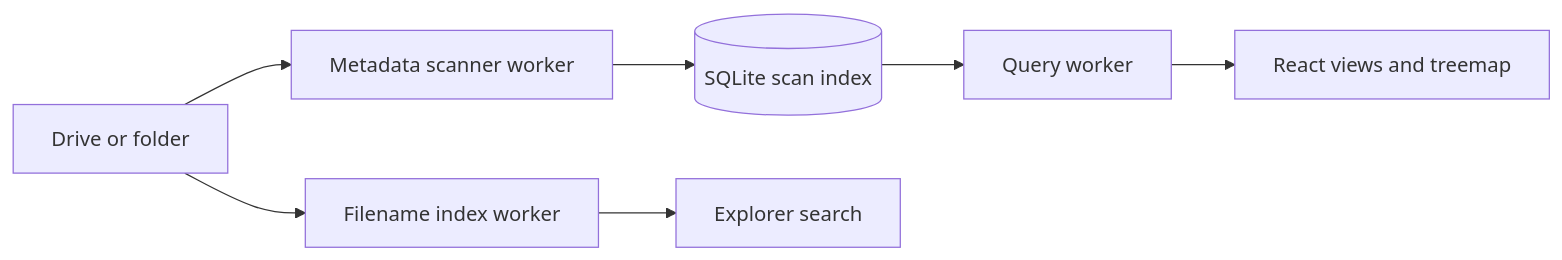
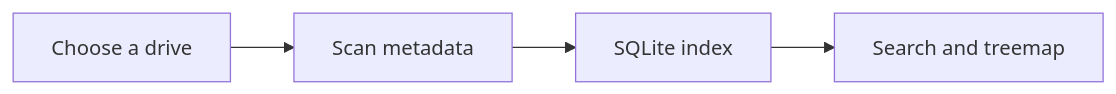
One commit to ISHPREET0101/ISHPREET0101 changed the second of 6 diagrams in README.md. Above: the diagram before and after it, drawn with Mermaid. The commit also changed other lines of this file and 3 other files, not shown here.

Commit message:
Add reference-style sections, visible project flows and contribution animation

````diff
--- a/README.md
+++ b/README.md
@@ -70,9 +32,4 @@
 ```mermaid
 flowchart LR
-  A[Drive or folder] --> B[Metadata scanner worker]
-  B --> C[(SQLite scan index)]
-  C --> D[Query worker]
-  D --> E[React views and treemap]
-  A --> F[Filename index worker]
-  F --> G[Explorer search]
+  A["Choose a drive"] --> B["Scan metadata"] --> C["SQLite index"] --> D["Search and treemap"]
 ```
````
